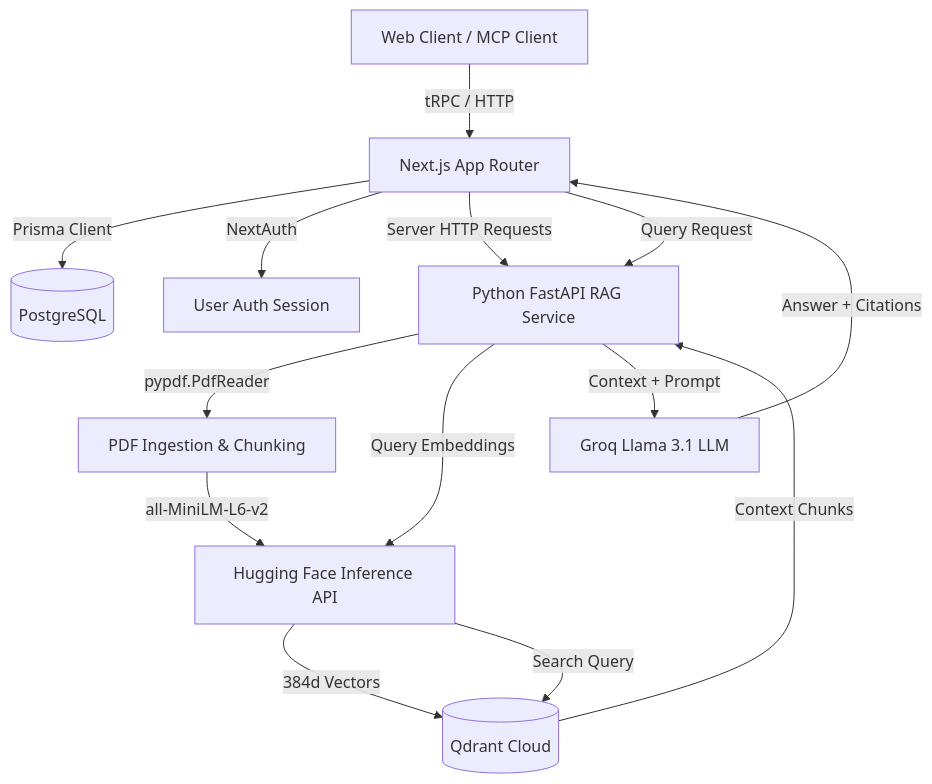
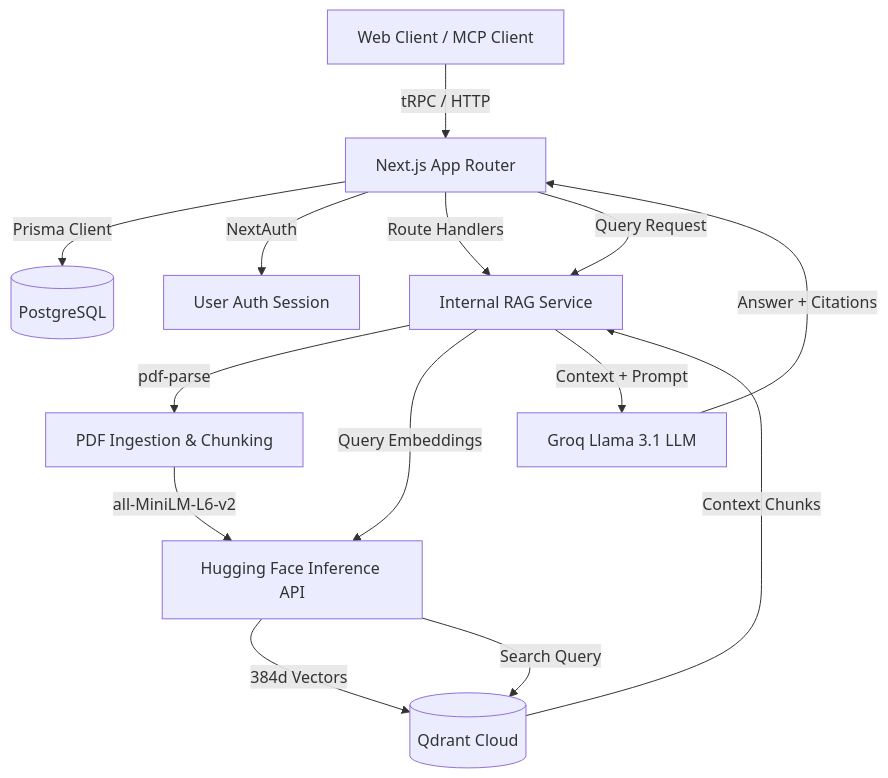
The diagram in README.md (Vedant24v/Indus_Mind), drawn with Mermaid before and after one commit. The commit also changed other lines of this file and 17 other files, not shown here.

Commit message:
removed unnecessary files and updated the project structure to remove Python service dependencies. Updated documentation and configuration files accordingly.

````diff
--- a/README.md
+++ b/README.md
@@ -33,18 +32,18 @@
 ```mermaid
 graph TD
     User[Web Client / MCP Client] -->|tRPC / HTTP| NextJS[Next.js App Router]
     NextJS -->|Prisma Client| Postgres[(PostgreSQL)]
     NextJS -->|NextAuth| Session[User Auth Session]
-    NextJS -->|Server HTTP Requests| PyService[Python FastAPI RAG Service]
-    
-    PyService -->|pypdf.PdfReader| PDF[PDF Ingestion & Chunking]
+    NextJS -->|Route Handlers| RAG[Internal RAG Service]
+
+    RAG -->|pdf-parse| PDF[PDF Ingestion & Chunking]
     PDF -->|all-MiniLM-L6-v2| HF[Hugging Face Inference API]
     HF -->|384d Vectors| Qdrant[(Qdrant Cloud)]
-    
-    NextJS -->|Query Request| PyService
-    PyService -->|Query Embeddings| HF
+
+    NextJS -->|Query Request| RAG
+    RAG -->|Query Embeddings| HF
     HF -->|Search Query| Qdrant
-    Qdrant -->|Context Chunks| PyService
-    PyService -->|Context + Prompt| Groq[Groq Llama 3.1 LLM]
+    Qdrant -->|Context Chunks| RAG
+    RAG -->|Context + Prompt| Groq[Groq Llama 3.1 LLM]
     Groq -->|Answer + Citations| NextJS
 ```
````
